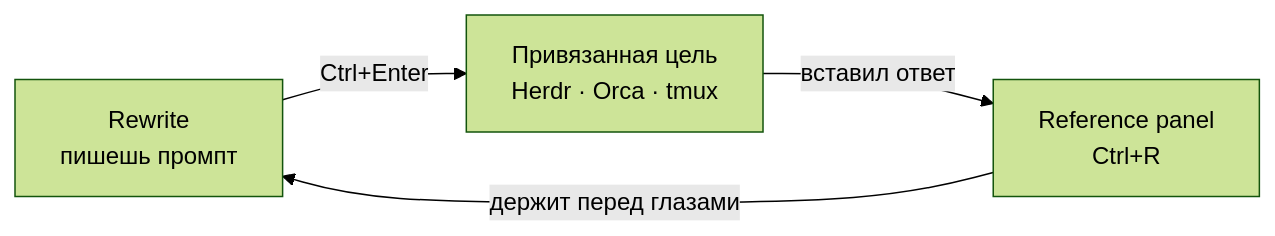
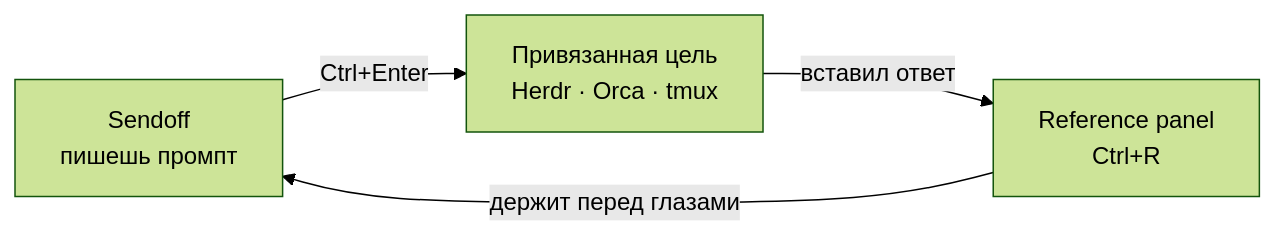
One commit to exviolet/sendoff changed the diagram in web/README.ru.md. Above: the diagram before and after it, drawn with Mermaid (forest theme). The commit also changed other lines of this file and 13 other files, not shown here.

First line of the commit message:
refactor: переименование Rewrite → Sendoff

````diff
--- a/web/README.ru.md
+++ b/web/README.ru.md
@@ -38,10 +38,10 @@
 ```mermaid
 flowchart LR
-    R["Rewrite<br/>пишешь промпт"]
+    R["Sendoff<br/>пишешь промпт"]
     T["Привязанная цель<br/>Herdr · Orca · tmux"]
     P["Reference panel<br/>Ctrl+R"]
 
     R -->|"Ctrl+Enter"| T
     T -->|"вставил ответ"| P
     P -->|"держит перед глазами"| R
 ```
````
